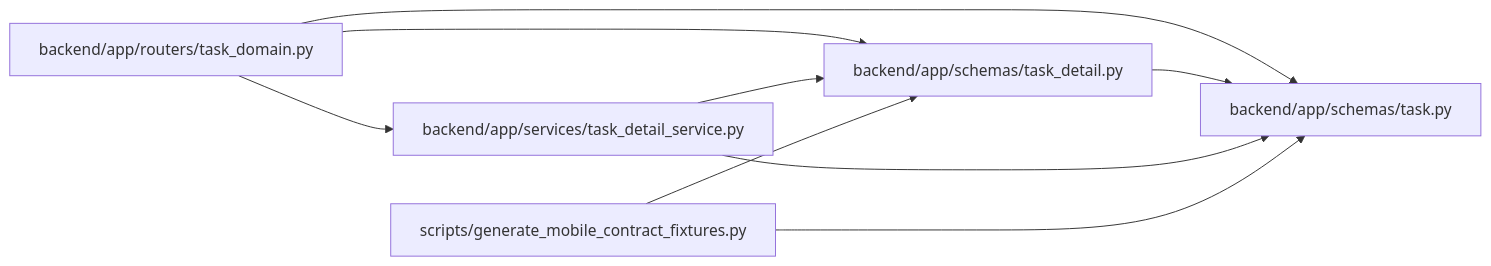
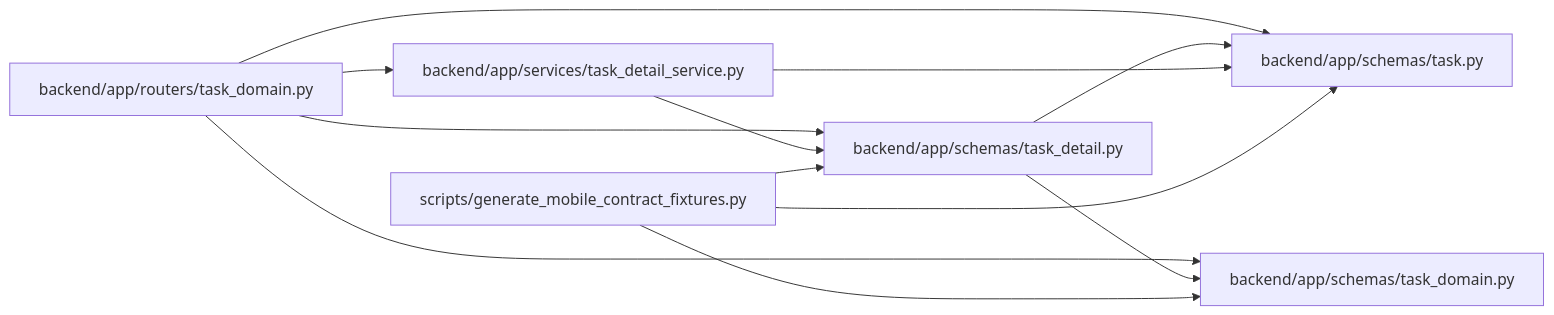
The diagram in docs/llm_wiki/modules/task_detail.md (Denissvgn/WorkChord), drawn with Mermaid before and after one commit. The commit also changed other lines of this file and 371 other files, not shown here.

````diff
--- a/docs/llm_wiki/modules/task_detail.md
+++ b/docs/llm_wiki/modules/task_detail.md
@@ -20,21 +21,26 @@
 ```mermaid
 flowchart LR
     n0["backend/app/routers/task_domain.py"]
     n1["backend/app/schemas/task.py"]
     n2["backend/app/schemas/task_detail.py"]
-    n3["backend/app/services/task_detail_service.py"]
-    n4["scripts/generate_mobile_contract_fixtures.py"]
+    n3["backend/app/schemas/task_domain.py"]
+    n4["backend/app/services/task_detail_service.py"]
+    n5["scripts/generate_mobile_contract_fixtures.py"]
     n0 --> n1
     n0 --> n2
     n0 --> n3
+    n0 --> n4
     n2 --> n1
-    n3 --> n1
-    n3 --> n2
+    n2 --> n3
     n4 --> n1
     n4 --> n2
+    n5 --> n1
+    n5 --> n2
+    n5 --> n3
     click n0 "../modules/routers_task_domain.md"
     click n1 "../modules/schemas_task.md"
     click n2 "../modules/task_detail.md"
-    click n3 "../modules/task_detail_service.md"
-    click n4 "../modules/generate_mobile_contract_fixtures.md"
+    click n3 "../modules/schemas_task_domain.md"
+    click n4 "../modules/task_detail_service.md"
+    click n5 "../modules/generate_mobile_contract_fixtures.md"
 ```
````
